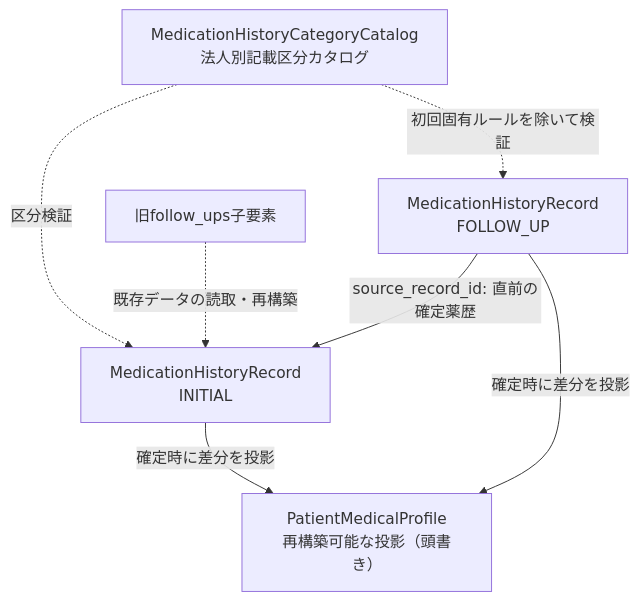
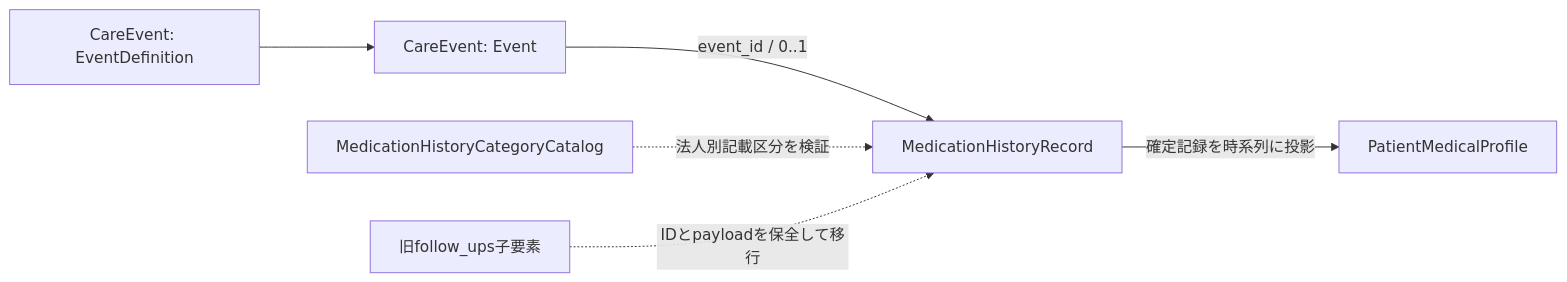
One commit to SatohaCC/PharmacyDomain changed the diagram in docs/ddd/medication_history.md. Above: the diagram before and after it, drawn with Mermaid. The commit also changed other lines of this file and 128 other files, not shown here.

Commit message:
feat: add care events and generic medication history

````diff
--- a/docs/ddd/medication_history.md
+++ b/docs/ddd/medication_history.md
@@ -22,9 +23,8 @@
 ```mermaid
-flowchart TD
-    I[MedicationHistoryRecord<br>INITIAL] -->|確定時に差分を投影| P[PatientMedicalProfile<br>再構築可能な投影（頭書き）]
-    F[MedicationHistoryRecord<br>FOLLOW_UP] -->|source_record_id: 直前の確定薬歴| I
-    F -->|確定時に差分を投影| P
-    L[旧follow_ups子要素] -.->|既存データの読取・再構築| I
-    C[MedicationHistoryCategoryCatalog<br>法人別記載区分カタログ] -.->|区分検証| I
-    C -.->|初回固有ルールを除いて検証| F
+flowchart LR
+    D[CareEvent: EventDefinition] --> E[CareEvent: Event]
+    E -->|event_id / 0..1| R[MedicationHistoryRecord]
+    R -->|確定記録を時系列に投影| P[PatientMedicalProfile]
+    C[MedicationHistoryCategoryCatalog] -.->|法人別記載区分を検証| R
+    L[旧follow_ups子要素] -.->|IDとpayloadを保全して移行| R
 ```
````
